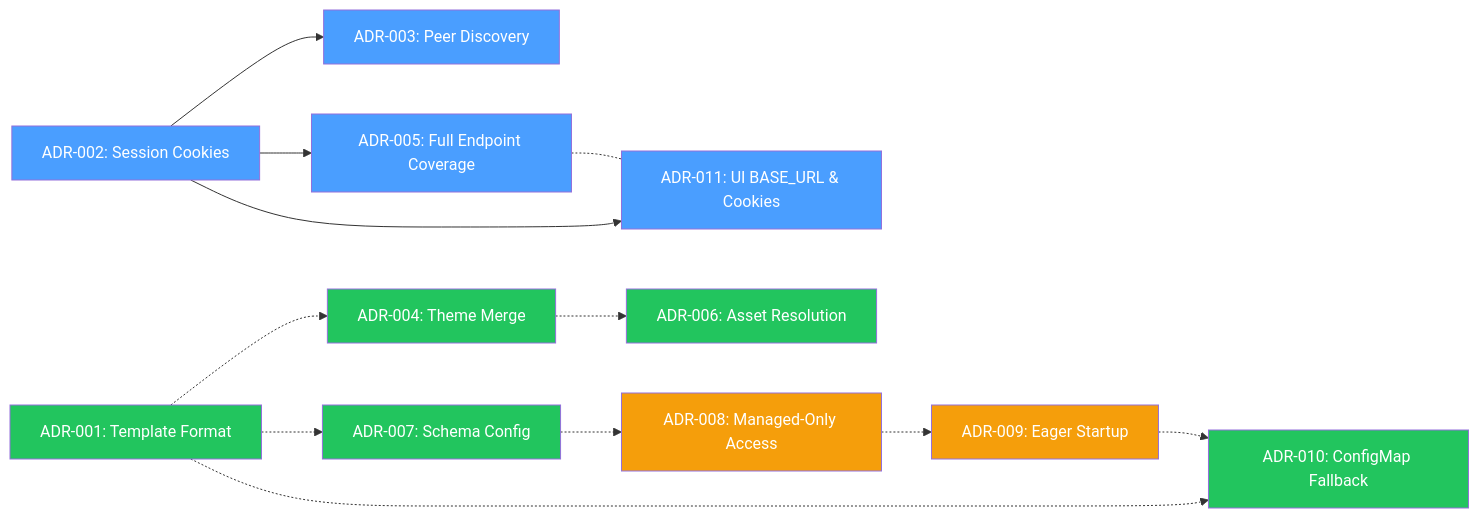
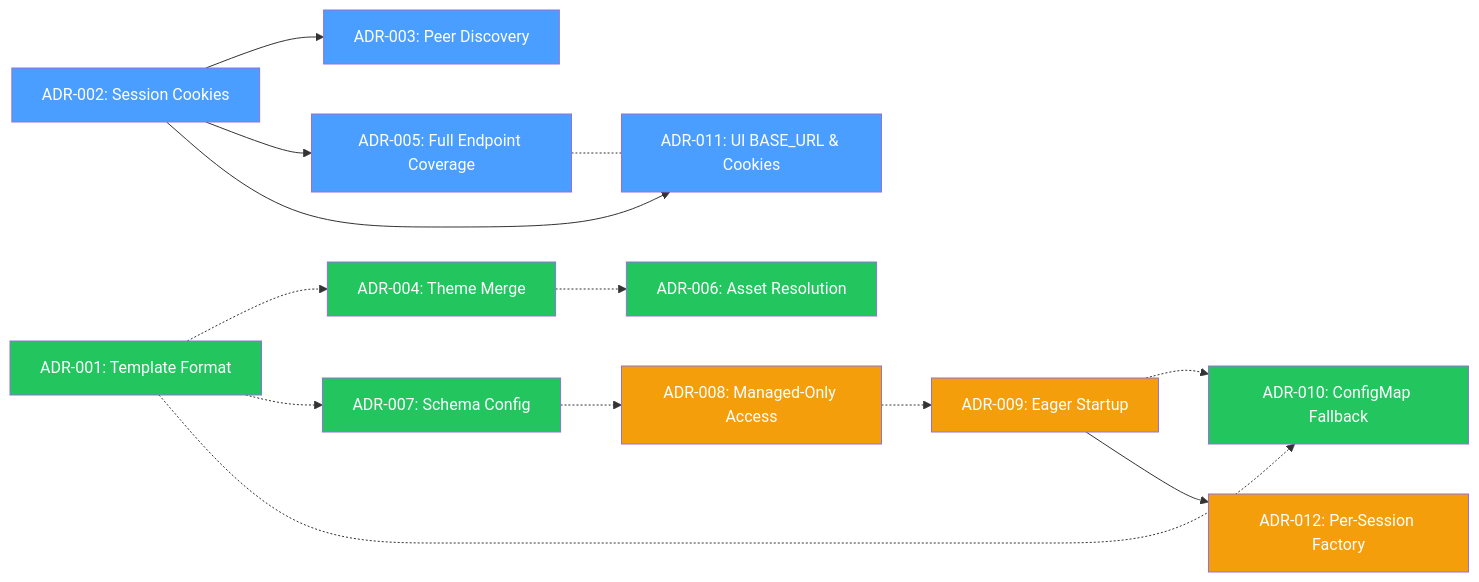
One commit to nogoo9/no-crd changed the diagram in docs/decisions/index.md. Above: the diagram before and after it, drawn with Mermaid. The commit also changed other lines of this file and 17 other files, not shown here.

First line of the commit message:
release: v0.5.4 — per-session MCP, UI branding, version badge (#17)

````diff
--- a/docs/decisions/index.md
+++ b/docs/decisions/index.md
@@ -36,25 +37,27 @@
 ```mermaid
 graph LR
     ADR002["ADR-002: Session Cookies"] --> ADR003["ADR-003: Peer Discovery"]
     ADR002 --> ADR005["ADR-005: Full Endpoint Coverage"]
     ADR001["ADR-001: Template Format"] -.-> ADR004["ADR-004: Theme Merge"]
     ADR004 -.-> ADR006["ADR-006: Asset Resolution"]
     ADR001 -.-> ADR007["ADR-007: Schema Config"]
     ADR007 -.-> ADR008["ADR-008: Managed-Only Access"]
     ADR008 -.-> ADR009["ADR-009: Eager Startup"]
     ADR001 -.-> ADR010["ADR-010: ConfigMap Fallback"]
     ADR009 -.-> ADR010
     ADR002 --> ADR011["ADR-011: UI BASE_URL & Cookies"]
     ADR005 -.- ADR011
+    ADR009 --> ADR012["ADR-012: Per-Session Factory"]
     style ADR002 fill:#4a9eff,color:#fff
     style ADR003 fill:#4a9eff,color:#fff
     style ADR005 fill:#4a9eff,color:#fff
     style ADR001 fill:#22c55e,color:#fff
     style ADR004 fill:#22c55e,color:#fff
     style ADR006 fill:#22c55e,color:#fff
     style ADR007 fill:#22c55e,color:#fff
     style ADR008 fill:#f59e0b,color:#fff
     style ADR009 fill:#f59e0b,color:#fff
     style ADR010 fill:#22c55e,color:#fff
     style ADR011 fill:#4a9eff,color:#fff
+    style ADR012 fill:#f59e0b,color:#fff
 ```
````
